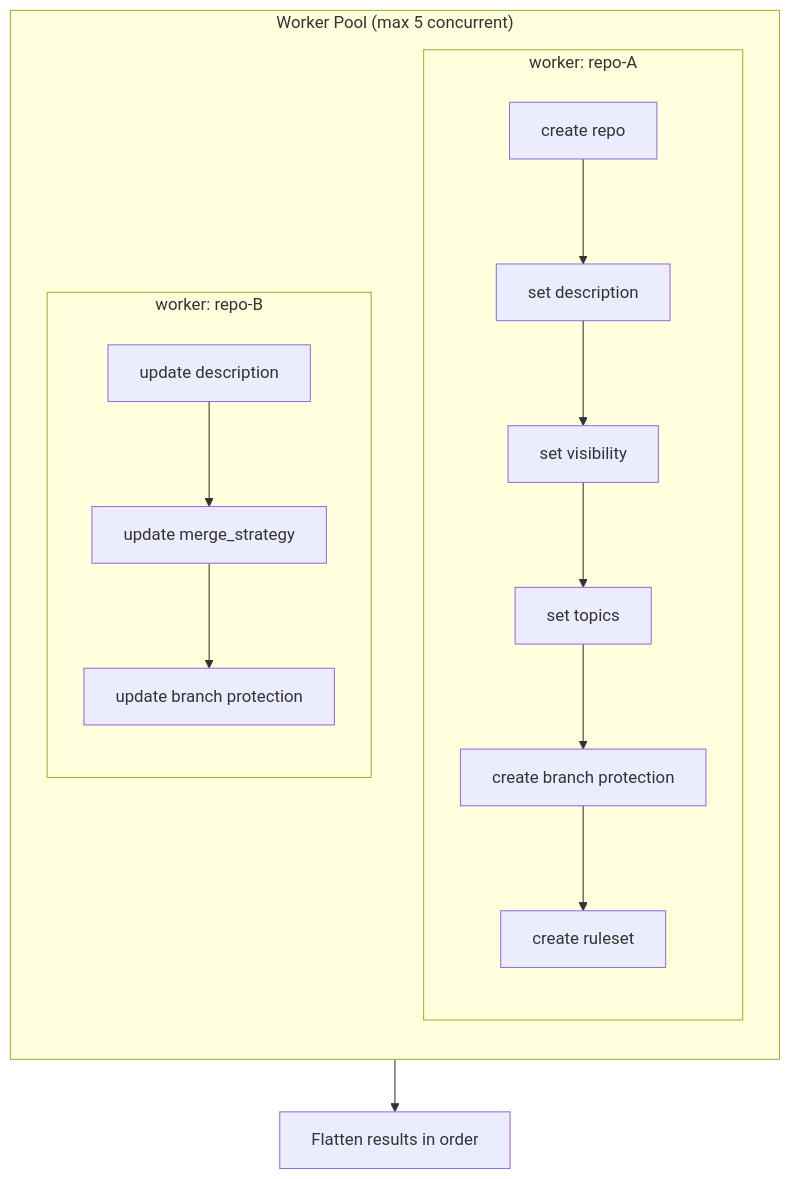
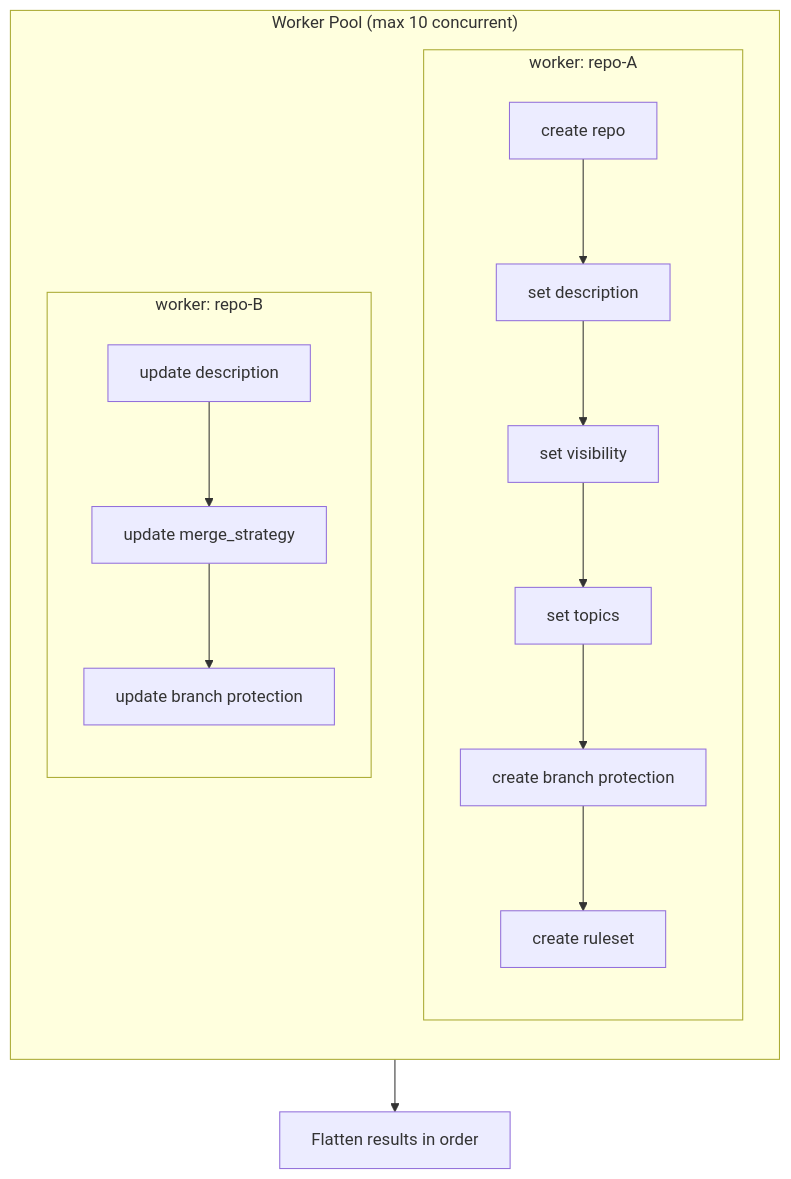
Before and after one commit to yagihash/gh-infra: the fourth of 6 diagrams in docs/src/content/docs/internals/concurrency.md, drawn with Mermaid. The commit also changed other lines of this file and 5 other files, not shown here.

First line of the commit message:
Increase parallel worker pool from 5 to 10 and document API call budget

````diff
--- a/docs/src/content/docs/internals/concurrency.md
+++ b/docs/src/content/docs/internals/concurrency.md
@@ -106,21 +106,21 @@
 ```mermaid
 flowchart TB
-    subgraph pool["Worker Pool (max 5 concurrent)"]
+    subgraph pool["Worker Pool (max 10 concurrent)"]
         direction TB
         subgraph ga["worker: repo-A"]
             direction TB
             a1[create repo] --> a2[set description]
             a2 --> a3[set visibility]
             a3 --> a4[set topics]
             a4 --> a5[create branch protection]
             a5 --> a6[create ruleset]
         end
         subgraph gb["worker: repo-B"]
             direction TB
             b1[update description] --> b2[update merge_strategy]
             b2 --> b3[update branch protection]
         end
     end
 
     pool --> flat["Flatten results in order"]
 ```
````
